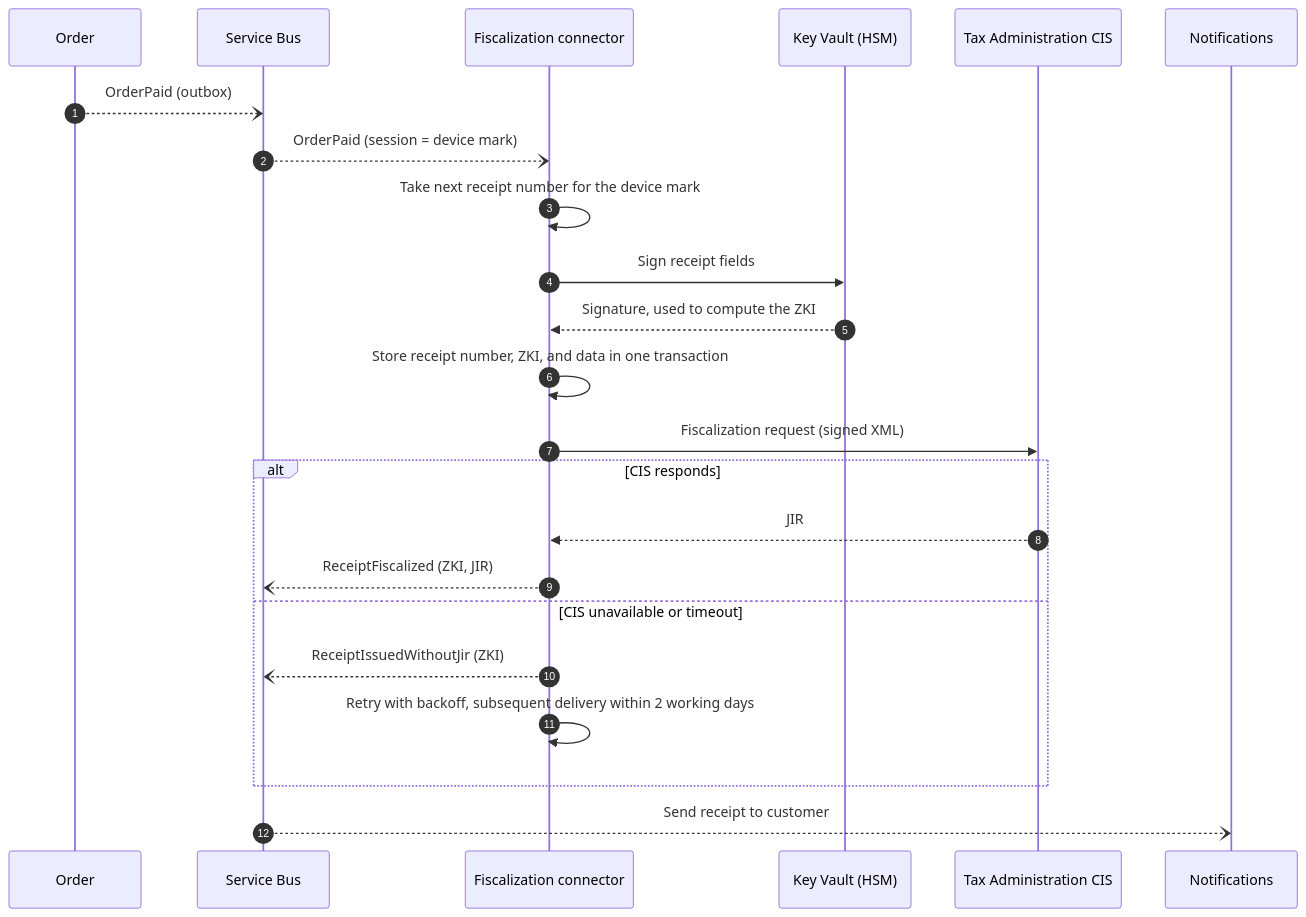
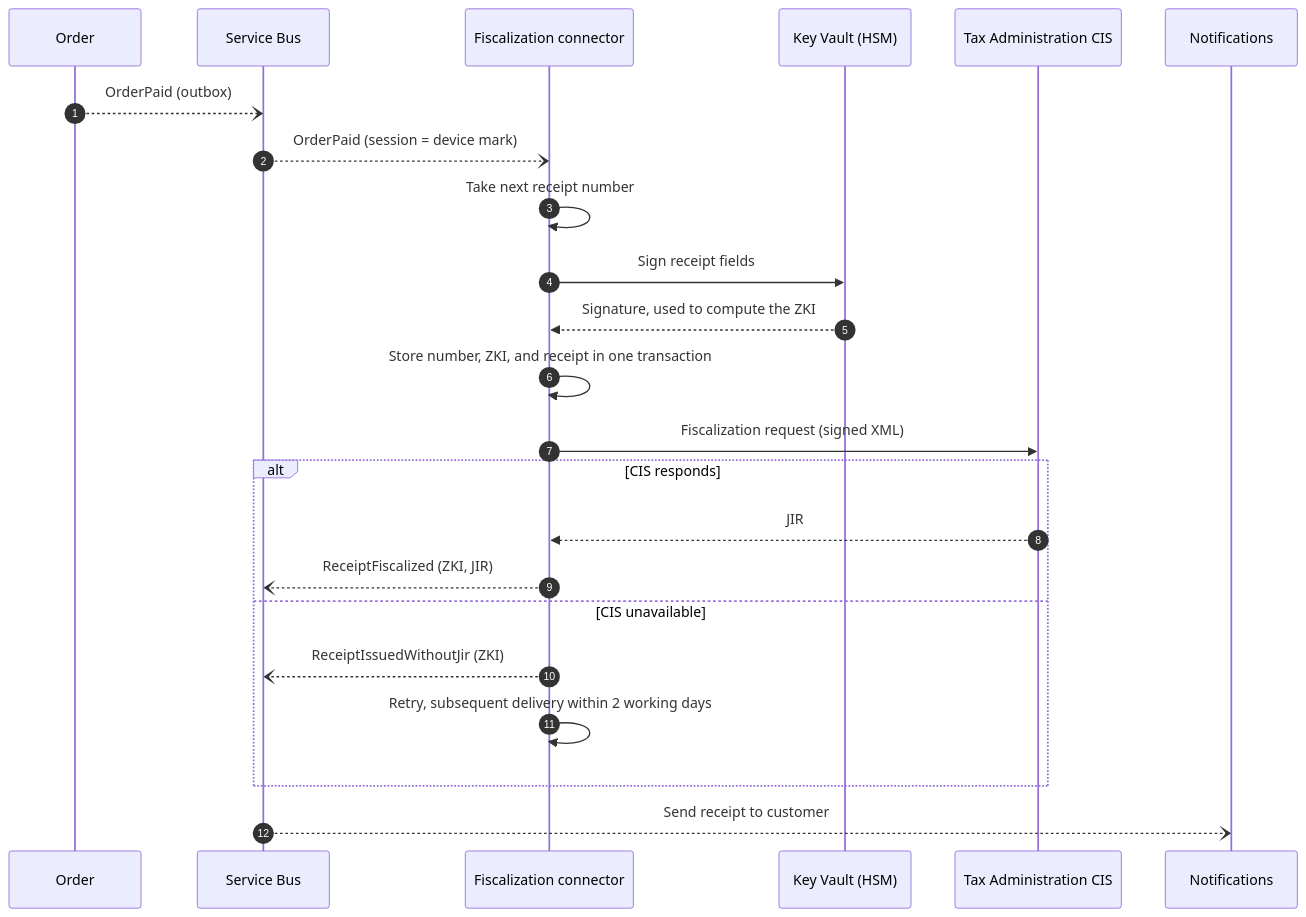
One commit to robert-miani/abysalto-webshop changed the seventh of 9 diagrams in docs/architecture.md. Above: the diagram before and after it, drawn with Mermaid. The commit also changed other lines of this file and 1 other file, not shown here.

First line of the commit message:
docs: focus architecture on EU market and shorten document

````diff
--- a/docs/architecture.md
+++ b/docs/architecture.md
@@ -876,26 +641,26 @@
 ```mermaid
 sequenceDiagram
     autonumber
     participant Order
     participant SB as Service Bus
     participant F as Fiscalization connector
     participant KV as Key Vault (HSM)
     participant CIS as Tax Administration CIS
     participant N as Notifications
 
     Order--)SB: OrderPaid (outbox)
     SB--)F: OrderPaid (session = device mark)
-    F->>F: Take next receipt number for the device mark
+    F->>F: Take next receipt number
     F->>KV: Sign receipt fields
     KV-->>F: Signature, used to compute the ZKI
-    F->>F: Store receipt number, ZKI, and data in one transaction
+    F->>F: Store number, ZKI, and receipt in one transaction
     F->>CIS: Fiscalization request (signed XML)
     alt CIS responds
         CIS-->>F: JIR
         F--)SB: ReceiptFiscalized (ZKI, JIR)
-    else CIS unavailable or timeout
+    else CIS unavailable
         F--)SB: ReceiptIssuedWithoutJir (ZKI)
-        F->>F: Retry with backoff, subsequent delivery within 2 working days
+        F->>F: Retry, subsequent delivery within 2 working days
     end
     SB--)N: Send receipt to customer
 ```
````
